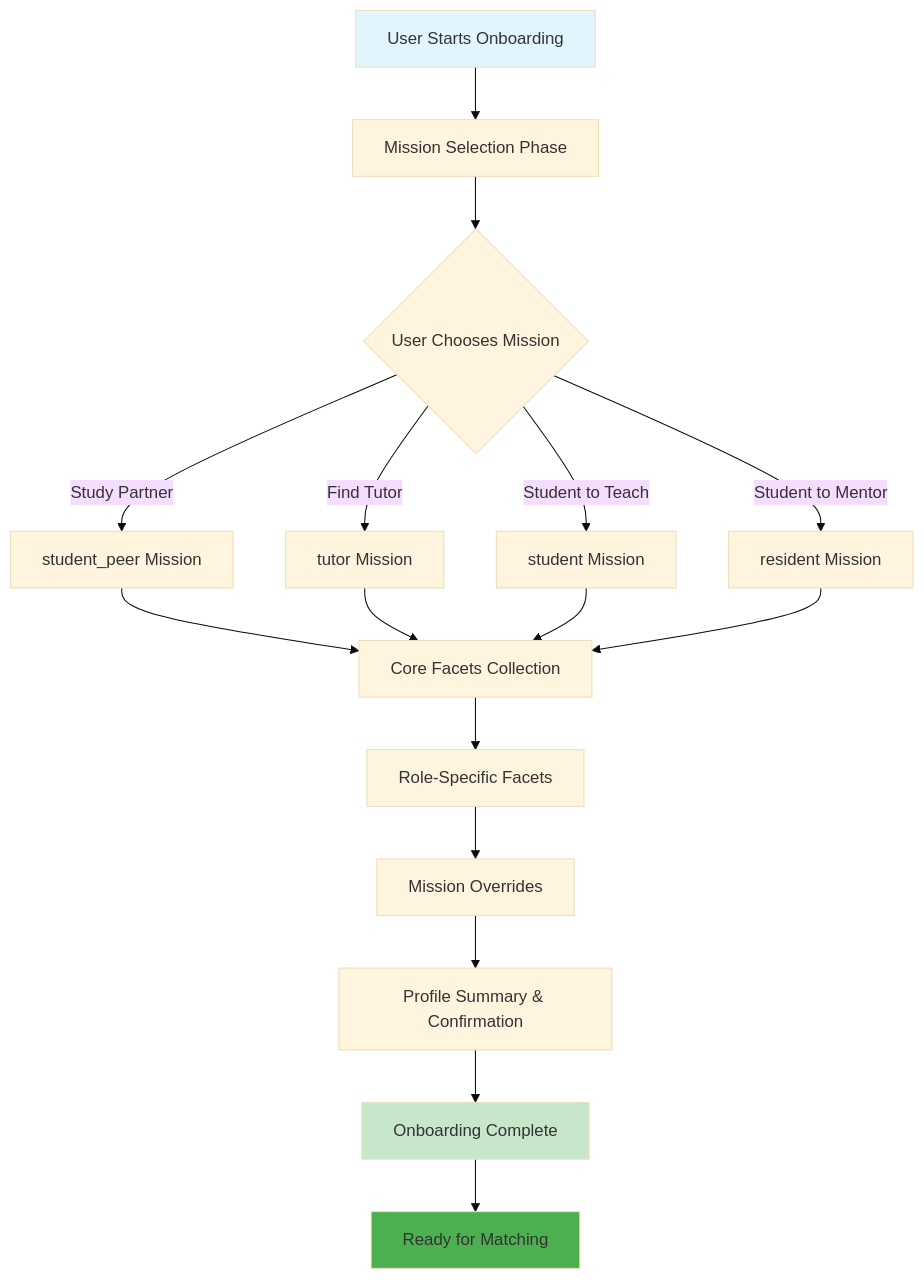
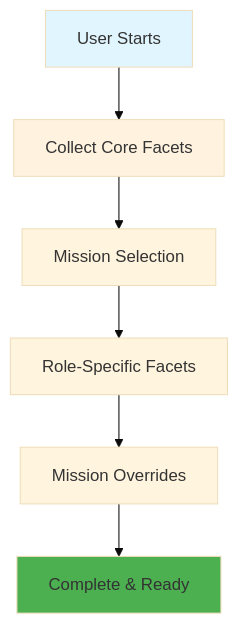
The first of 9 diagrams in README.md (bilalAIDeveloper/new-feat-test), drawn with Mermaid (base theme) before and after one commit. The commit also changed other lines of this file, not shown here.

````diff
--- a/README.md
+++ b/README.md
@@ -5,21 +5,12 @@
 ```mermaid
 graph TD
-    A[User Starts Onboarding] --> B[Mission Selection Phase]
-    B --> C{User Chooses Mission}
-    C -->|Study Partner| D[student_peer Mission]
-    C -->|Find Tutor| E[tutor Mission]
-    C -->|Student to Teach| F[student Mission]
-    C -->|Student to Mentor| G[resident Mission]
-    D --> H[Core Facets Collection]
-    E --> H
-    F --> H
-    G --> H
-    H --> I[Role-Specific Facets]
-    I --> J[Mission Overrides]
-    J --> K[Profile Summary & Confirmation]
-    K --> L[Onboarding Complete]
-    L --> M[Ready for Matching]
+    A[User Starts] --> B[Collect Core Facets]
+    B --> C[Mission Selection]
+    C --> D[Role-Specific Facets]
+    D --> E[Mission Overrides]
+    E --> F[Complete & Ready]
+    
     style A fill:#e1f5fe
-    style L fill:#c8e6c9
-    style M fill:#4caf50
+    style F fill:#4caf50
+    style B fill:#fff3e0
 ```
````
